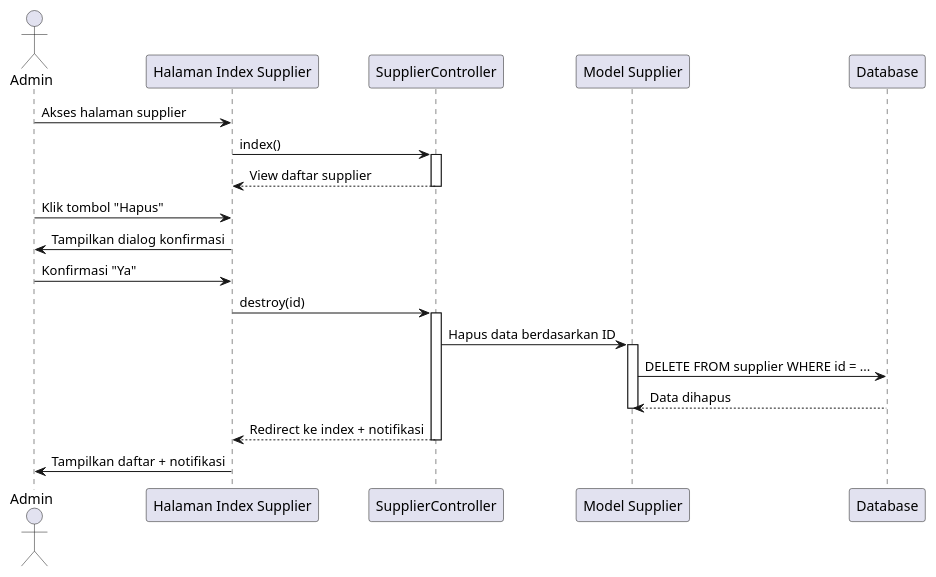
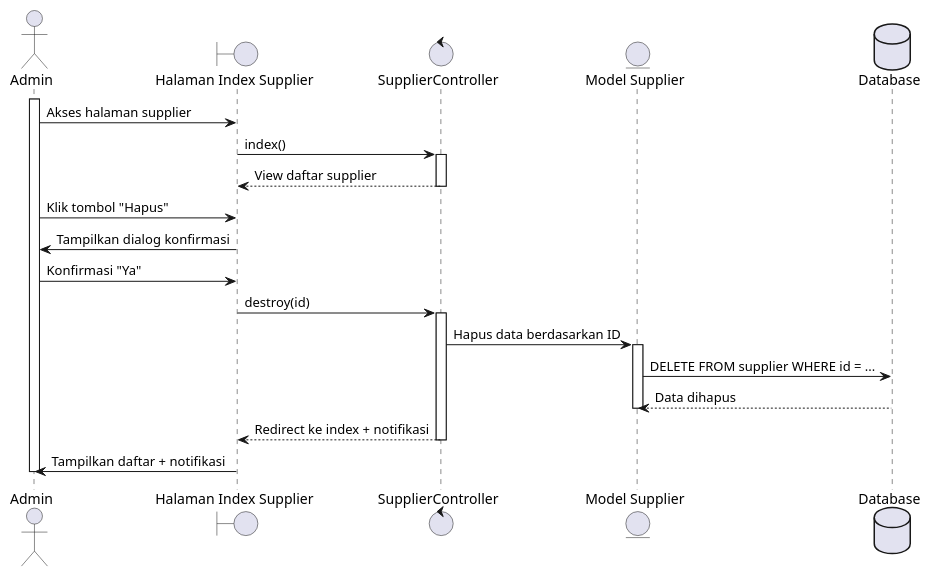
The diagram in sequence diagram/supplier/menghapus_supplier.wsd (tengahcang/UML_TA), drawn with PlantUML before and after one commit. The commit also changed 115 other files, not shown here.

```diff
--- a/sequence diagram/supplier/menghapus_supplier.wsd
+++ b/sequence diagram/supplier/menghapus_supplier.wsd
@@ -1,33 +1,35 @@
 @startuml
 actor Admin
 
-participant "Halaman Index Supplier" as SupplierIndex
-participant "SupplierController" as SupplierController
-participant "Model Supplier" as SupplierModel
-participant "Database" as DB
+boundary "Halaman Index Supplier" as SupplierIndex
+control "SupplierController" as SupplierController
+entity "Model Supplier" as SupplierModel
+database "Database" as DB
 
+activate Admin
 Admin -> SupplierIndex: Akses halaman supplier
 SupplierIndex -> SupplierController: index()
 activate SupplierController
 SupplierController --> SupplierIndex: View daftar supplier
 deactivate SupplierController
 
 Admin -> SupplierIndex: Klik tombol "Hapus"
 SupplierIndex -> Admin: Tampilkan dialog konfirmasi
 Admin -> SupplierIndex: Konfirmasi "Ya"
 
 SupplierIndex -> SupplierController: destroy(id)
 activate SupplierController
 
 SupplierController -> SupplierModel: Hapus data berdasarkan ID
 activate SupplierModel
 SupplierModel -> DB: DELETE FROM supplier WHERE id = ...
 DB --> SupplierModel: Data dihapus
 deactivate SupplierModel
 
 SupplierController --> SupplierIndex: Redirect ke index + notifikasi
 deactivate SupplierController
 
 SupplierIndex -> Admin: Tampilkan daftar + notifikasi
+deactivate Admin
 
 @enduml
```
